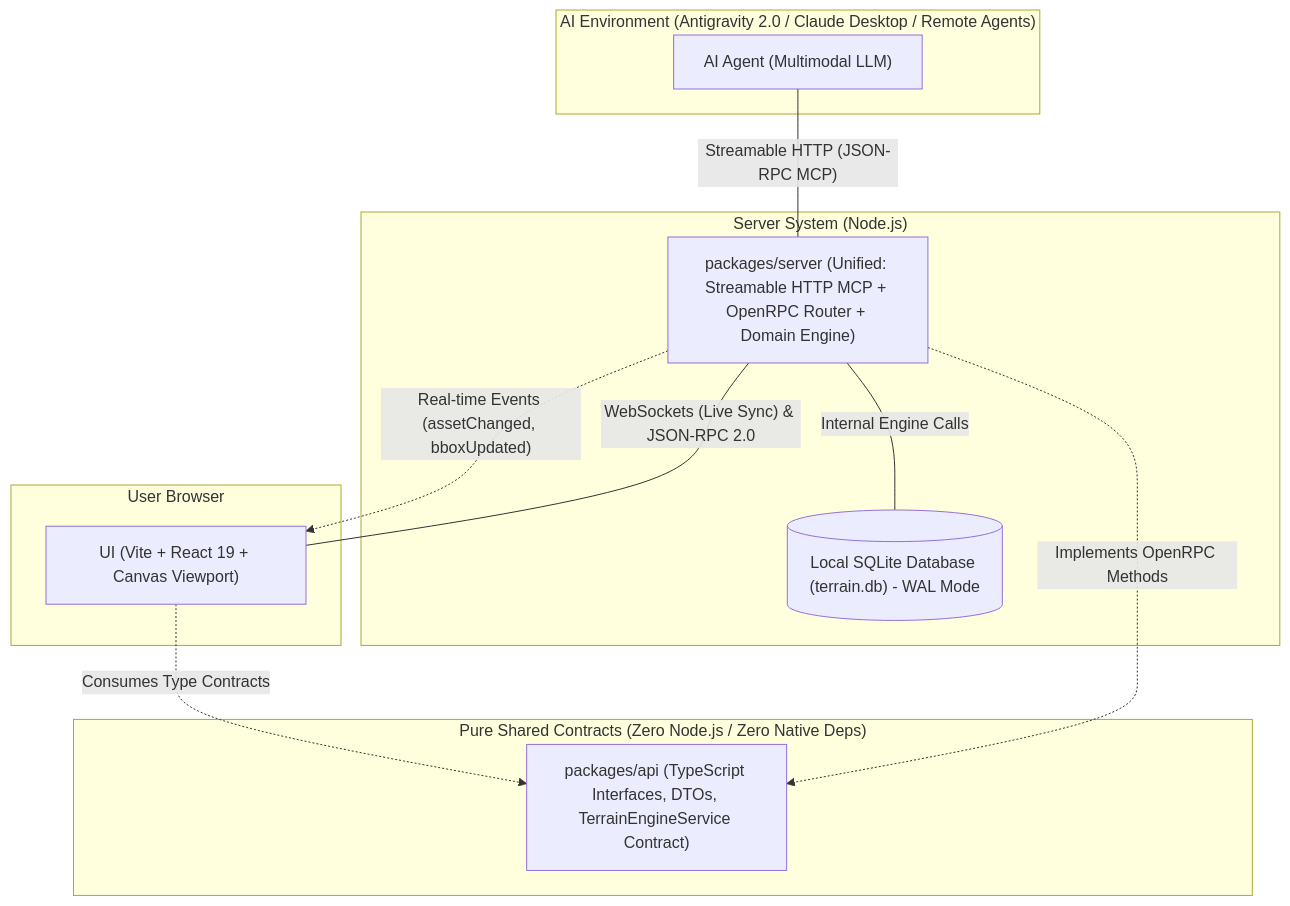
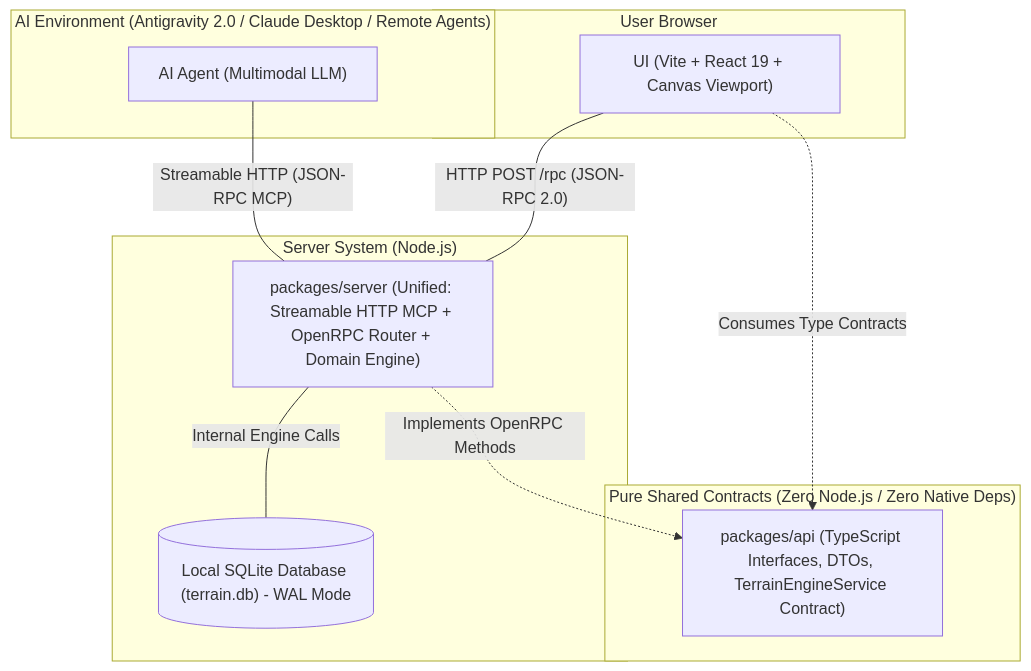
One commit to alexandremenif/brick-wargame-terrain-studio changed the diagram in specs/architecture/index.md. Above: the diagram before and after it, drawn with Mermaid. The commit also changed 3 other files, not shown here.

Commit message:
docs(specs): formalize HTTP POST JSON-RPC transport and drop events

````diff
--- a/specs/architecture/index.md
+++ b/specs/architecture/index.md
@@ -9,27 +9,26 @@
 ```mermaid
 flowchart TD
   subgraph AIEnv["AI Environment (Antigravity 2.0 / Claude Desktop / Remote Agents)"]
     Agent["AI Agent (Multimodal LLM)"]
   end
 
   subgraph UserEnv["User Browser"]
     WebApp["UI (Vite + React 19 + Canvas Viewport)"]
   end
 
   subgraph SharedContracts["Pure Shared Contracts (Zero Node.js / Zero Native Deps)"]
     Api["packages/api (TypeScript Interfaces, DTOs, TerrainEngineService Contract)"]
   end
 
   subgraph HostSystem["Server System (Node.js)"]
     Server["packages/server (Unified: Streamable HTTP MCP + OpenRPC Router + Domain Engine)"]
     SQLite[("Local SQLite Database (terrain.db) - WAL Mode")]
   end
 
   Agent ---|"Streamable HTTP (JSON-RPC MCP)"| Server
-  WebApp ---|"WebSockets (Live Sync) & JSON-RPC 2.0"| Server
+  WebApp ---|"HTTP POST /rpc (JSON-RPC 2.0)"| Server
   WebApp -.->|"Consumes Type Contracts"| Api
   Server -.->|"Implements OpenRPC Methods"| Api
 
   Server ---|"Internal Engine Calls"| SQLite
-  Server -.->|"Real-time Events (assetChanged, bboxUpdated)"| WebApp
 ```
````
